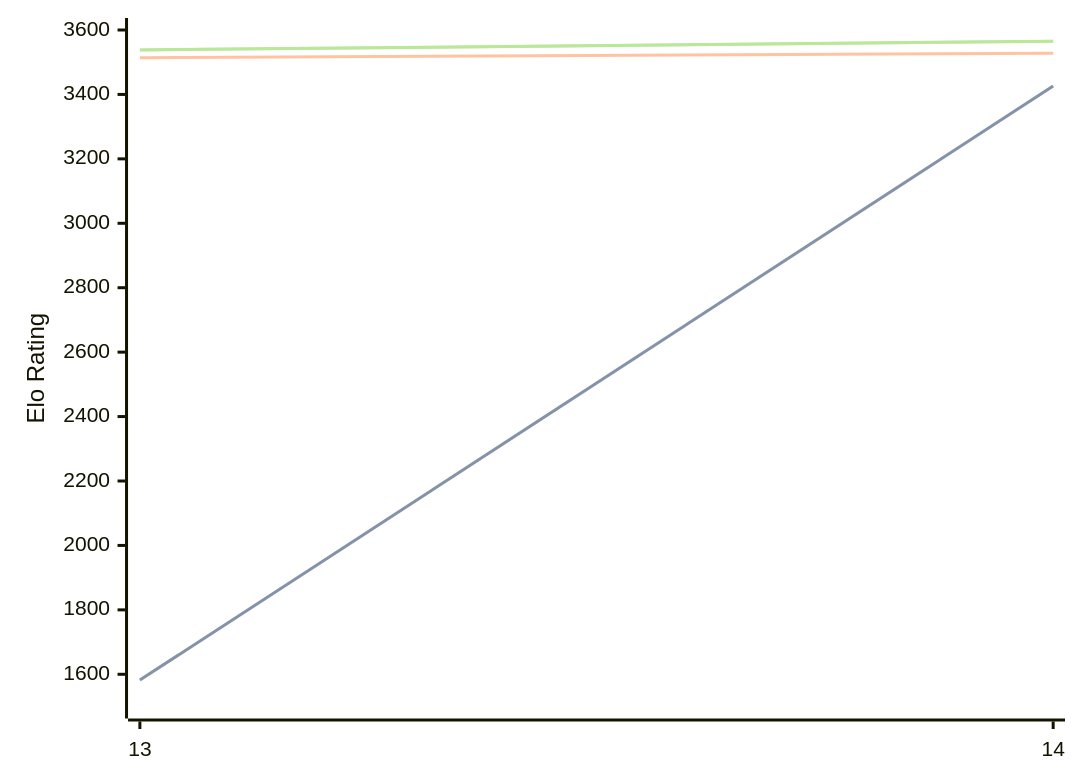
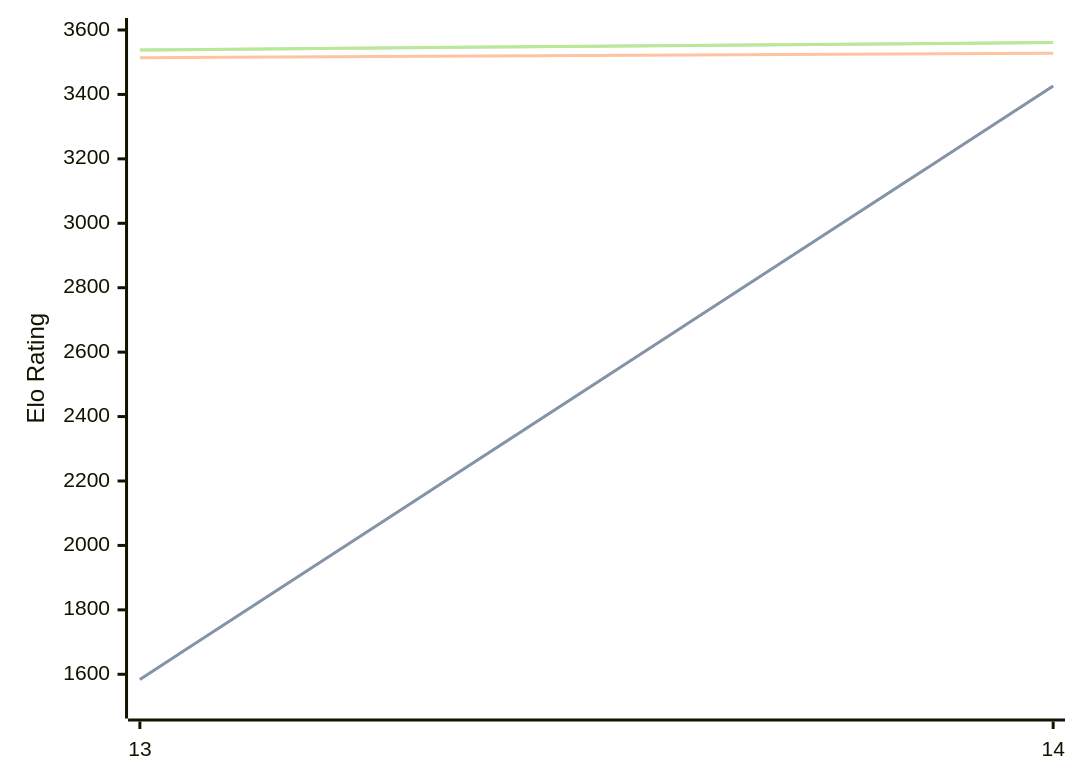
One commit to computer-chess-index/cci changed the first of 3 diagrams in engines/Berserk.md. Above: the diagram before and after it, drawn with Mermaid. The commit also changed other lines of this file, not shown here.

Commit message:
Update CCI Ratings (ELO VLTC) - 2026-07-07

````diff
--- a/engines/Berserk.md
+++ b/engines/Berserk.md
@@ -63,11 +63,11 @@
 ```mermaid
 %%{init: {"theme":"base","themeVariables":{"seriesColors:['#a3a3a3','#222221','#faa371']}}}%%
 xychart-beta
   x-axis ["13", "14"]
   y-axis "Elo Rating" 1500 --> 3600
-  line "STC (8.0+0.08s)" [1582, 3426]
-  line "STC (8.0+0.08s)" [1582, 3426]
+  line "STC (8.0+0.08s)" [1584, 3426]
+  line "STC (8.0+0.08s)" [1584, 3426]
   line "LTC (60.0+0.60s)" [3514, 3528]
-  line "VLTC (2m24s+1.12s)" [3538, 3565]
-  line "VLTC (2m24s+1.12s)" [3538, 3565]
+  line "VLTC (2m24s+1.12s)" [3538, 3561]
+  line "VLTC (2m24s+1.12s)" [3538, 3561]
 ```
````
